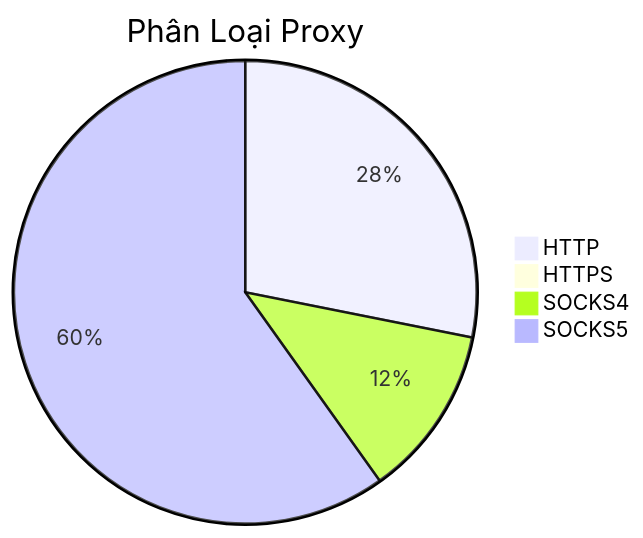
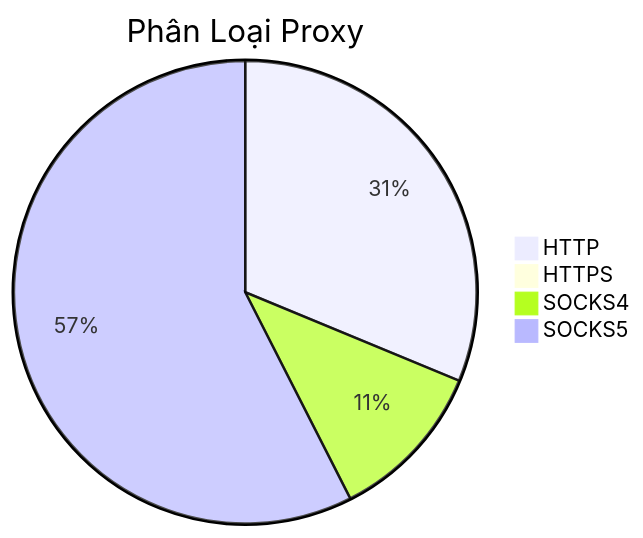
Before and after one commit to Ciara-12/PROXY-free: the diagram in README.md, drawn with Mermaid. The commit also changed other lines of this file and 3 other files, not shown here.

````diff
--- a/README.md
+++ b/README.md
@@ -26,7 +26,7 @@
 ```mermaid
 pie title Phân Loại Proxy
-    "HTTP" : 846
+    "HTTP" : 1063
     "HTTPS" : 3
-    "SOCKS4" : 361
-    "SOCKS5" : 1800
+    "SOCKS4" : 383
+    "SOCKS5" : 1956
 ```
````
